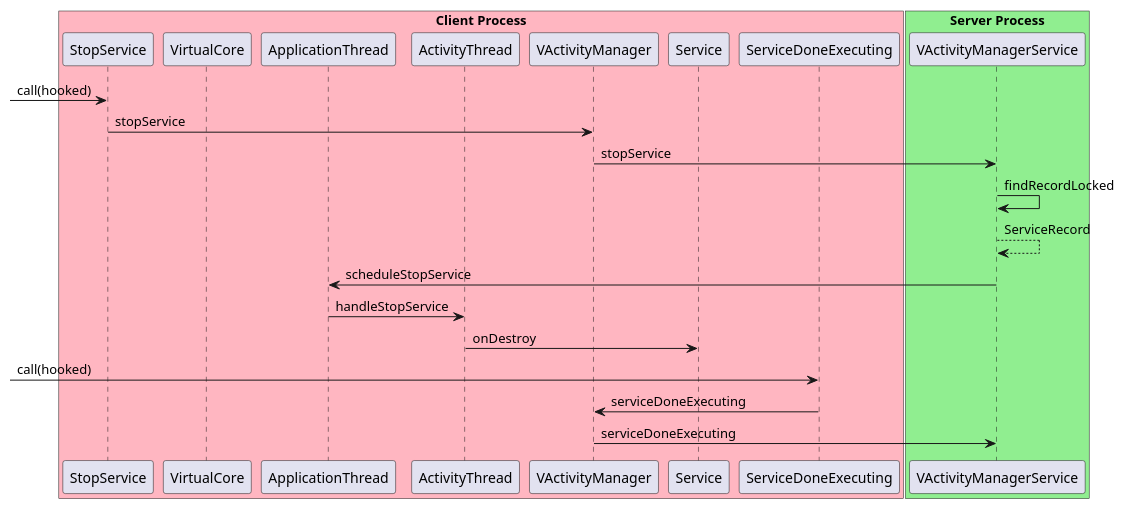
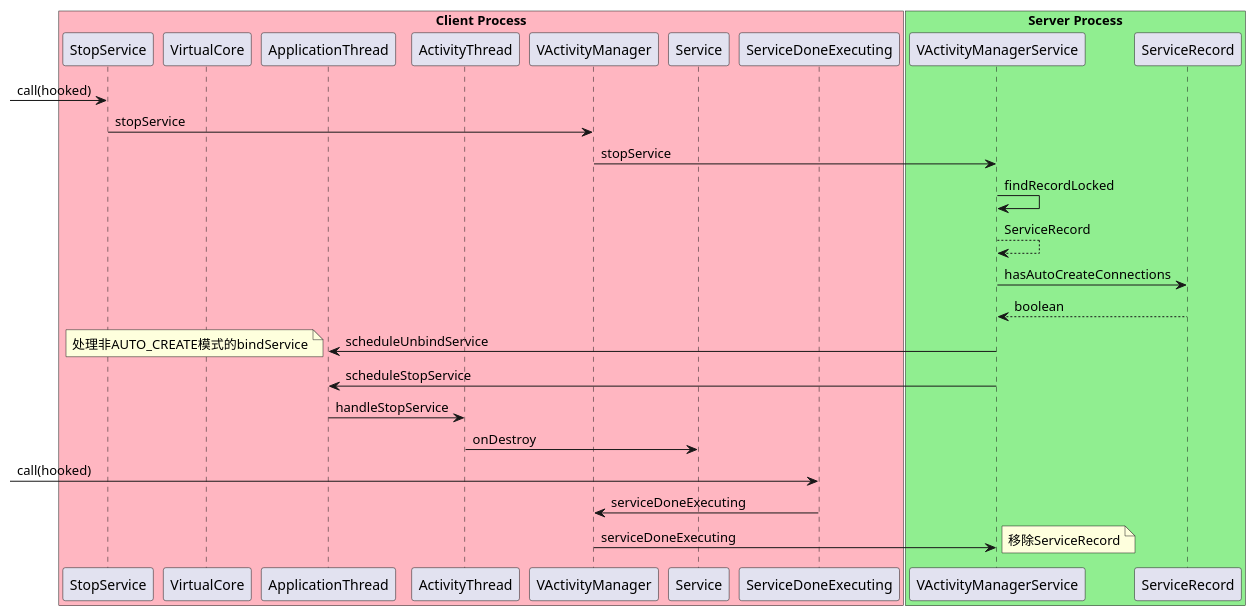
Before and after one commit to skyoung09/VirtualApp: the diagram in VirtualApp/stopService.puml, drawn with PlantUML. The commit also changed 2 other files, not shown here.

Commit message:
Refact stopService

```diff
--- a/VirtualApp/stopService.puml
+++ b/VirtualApp/stopService.puml
@@ -1,27 +1,37 @@
 @startuml
 box "Client Process" #LightPink
 participant StopService
 participant VirtualCore
 participant ApplicationThread
 participant ActivityThread
 participant VActivityManager
 participant Service
 participant ServiceDoneExecuting
 end box
 
 box "Server Process" #LightGreen
 participant VActivityManagerService
+participant ServiceRecord
 end box
 
 -> StopService: call(hooked)
 StopService -> VActivityManager: stopService
 VActivityManager -> VActivityManagerService : stopService
 VActivityManagerService -> VActivityManagerService: findRecordLocked
 VActivityManagerService --> VActivityManagerService: ServiceRecord
+VActivityManagerService -> ServiceRecord: hasAutoCreateConnections
+ServiceRecord --> VActivityManagerService: boolean
+VActivityManagerService -> ApplicationThread: scheduleUnbindService
+note left
+处理非AUTO_CREATE模式的bindService
+end note
 VActivityManagerService -> ApplicationThread: scheduleStopService
 ApplicationThread -> ActivityThread: handleStopService
 ActivityThread -> Service: onDestroy
 -> ServiceDoneExecuting: call(hooked)
 ServiceDoneExecuting -> VActivityManager: serviceDoneExecuting
 VActivityManager -> VActivityManagerService: serviceDoneExecuting
+note right
+移除ServiceRecord
+end note
 @enduml
```
